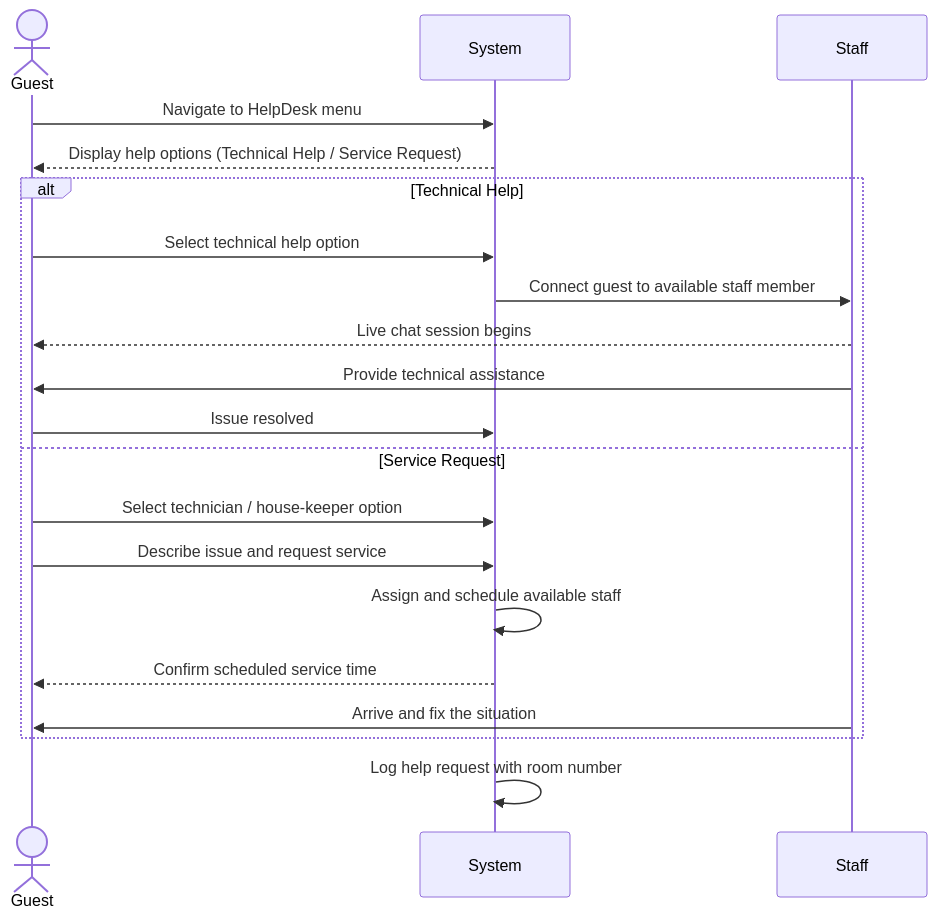
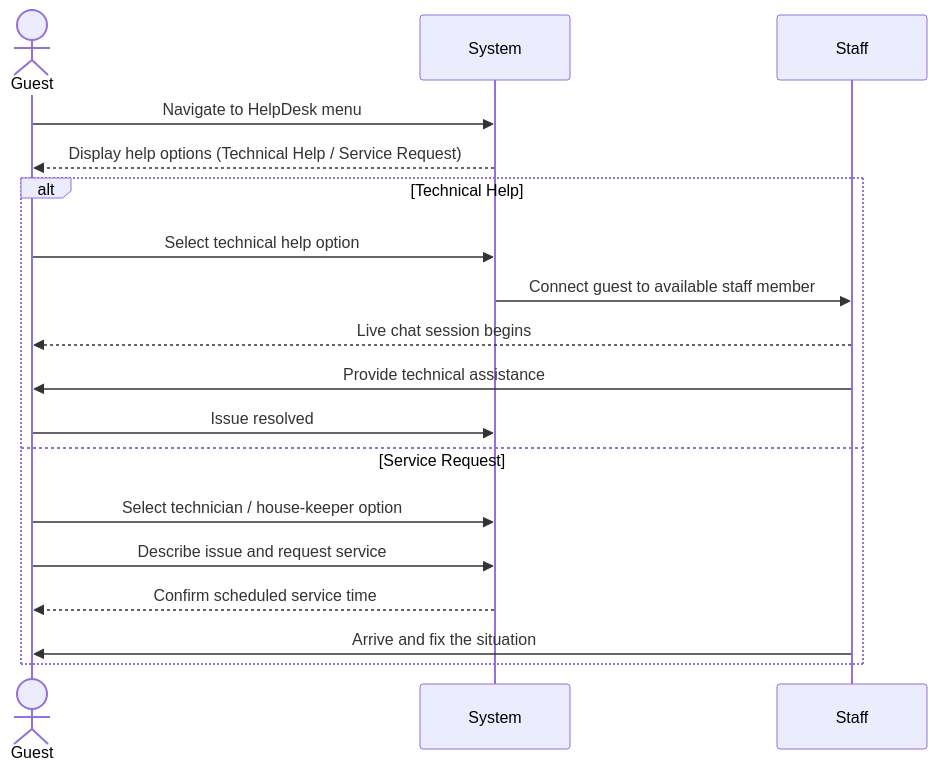
Before and after one commit to JaceYar/Software1-Proj: the diagram in Documentation/User-Cases/HelpDest.md, drawn with Mermaid. The commit also changed 17 other files, not shown here.

````diff
--- a/Documentation/User-Cases/HelpDest.md
+++ b/Documentation/User-Cases/HelpDest.md
@@ -11,25 +11,23 @@
 ```mermaid
 sequenceDiagram
     actor Guest
     participant System
     participant Staff
 
     Guest->>System: Navigate to HelpDesk menu
     System-->>Guest: Display help options (Technical Help / Service Request)
 
     alt Technical Help
         Guest->>System: Select technical help option
         System->>Staff: Connect guest to available staff member
         Staff-->>Guest: Live chat session begins
         Staff->>Guest: Provide technical assistance
         Guest->>System: Issue resolved
     else Service Request
         Guest->>System: Select technician / house-keeper option
         Guest->>System: Describe issue and request service
-        System->>System: Assign and schedule available staff
         System-->>Guest: Confirm scheduled service time
         Staff->>Guest: Arrive and fix the situation
     end
 
-    System->>System: Log help request with room number
 ```
````
